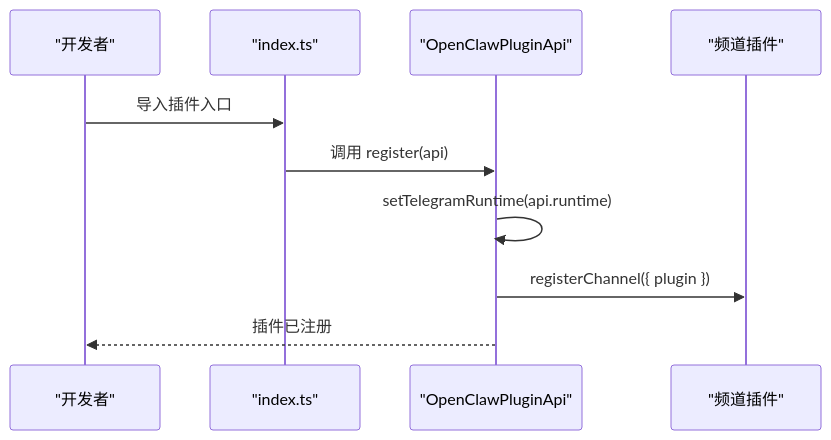
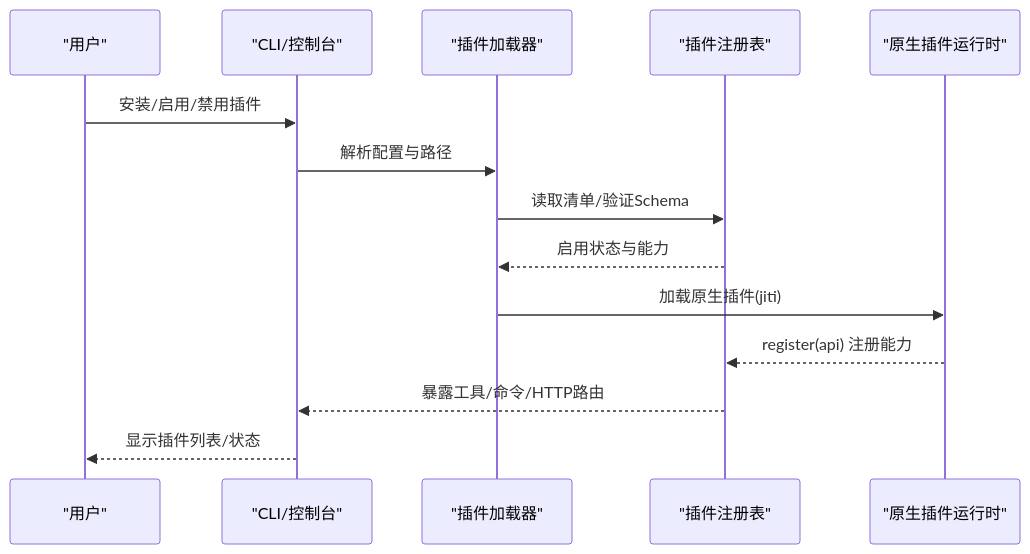
One commit to botx-work/OpenClaw-Internals changed the second of 3 diagrams in repowiki/zh/content/插件系统/插件开发指南/插件开发指南.md. Above: the diagram before and after it, drawn with Mermaid. The commit also changed other lines of this file and 542 other files, not shown here.

````diff
--- a/repowiki/zh/content/插件系统/插件开发指南/插件开发指南.md
+++ b/repowiki/zh/content/插件系统/插件开发指南/插件开发指南.md
@@ -154,12 +92,16 @@
 ```mermaid
 sequenceDiagram
-participant Dev as "开发者"
-participant IDX as "index.ts"
-participant API as "OpenClawPluginApi"
-participant CH as "频道插件"
-Dev->>IDX : 导入插件入口
-IDX->>API : 调用 register(api)
-API->>API : setTelegramRuntime(api.runtime)
-API->>CH : registerChannel({ plugin })
-API-->>Dev : 插件已注册
+participant User as "用户"
+participant CLI as "CLI/控制台"
+participant Loader as "插件加载器"
+participant Registry as "插件注册表"
+participant Runtime as "原生插件运行时"
+User->>CLI : 安装/启用/禁用插件
+CLI->>Loader : 解析配置与路径
+Loader->>Registry : 读取清单/验证Schema
+Registry-->>Loader : 启用状态与能力
+Loader->>Runtime : 加载原生插件(jiti)
+Runtime-->>Registry : register(api) 注册能力
+Registry-->>CLI : 暴露工具/命令/HTTP路由
+CLI-->>User : 显示插件列表/状态
 ```
````
